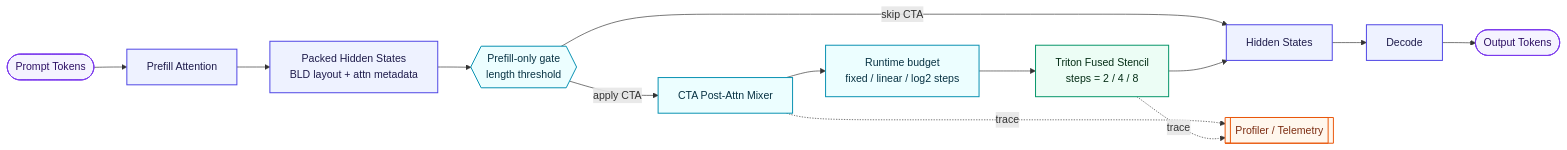
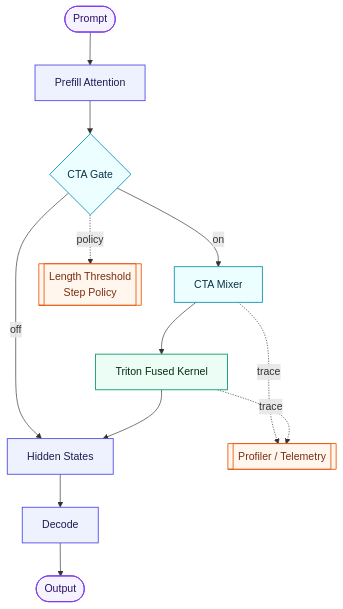
Before and after one commit to XueqingZhou/Continuous-Time-Attention: the diagram in README.md, drawn with Mermaid. The commit also changed other lines of this file, not shown here.

Commit message:
docs: simplify system diagram in README
Make the CTA serving diagram more concise and easier to read by shortening the main flow and moving policy/telemetry details out of the primary path.

````diff
--- a/README.md
+++ b/README.md
@@ -54,27 +54,27 @@
 ```mermaid
-flowchart LR
-  classDef io fill:#f5f3ff,stroke:#7c3aed,color:#2e1065,stroke-width:1.5px;
-  classDef stage fill:#eef2ff,stroke:#4f46e5,color:#1e1b4b,stroke-width:1.5px;
-  classDef cta fill:#ecfeff,stroke:#0891b2,color:#083344,stroke-width:1.5px;
-  classDef kernel fill:#ecfdf5,stroke:#059669,color:#052e16,stroke-width:1.5px;
-  classDef obs fill:#fff7ed,stroke:#ea580c,color:#7c2d12,stroke-width:1.5px;
+flowchart TB
+  classDef io fill:#f5f3ff,stroke:#7c3aed,color:#2e1065,stroke-width:1.3px;
+  classDef stage fill:#eef2ff,stroke:#4f46e5,color:#1e1b4b,stroke-width:1.3px;
+  classDef cta fill:#ecfeff,stroke:#0891b2,color:#083344,stroke-width:1.3px;
+  classDef kernel fill:#ecfdf5,stroke:#059669,color:#052e16,stroke-width:1.3px;
+  classDef obs fill:#fff7ed,stroke:#ea580c,color:#7c2d12,stroke-width:1.3px;
 
-  PromptTokens([Prompt Tokens]) --> PrefillAttention[Prefill Attention]
-  PrefillAttention --> PackedStates[Packed Hidden States<br/>BLD layout + attn metadata]
-  PackedStates --> PrefillGate{{Prefill-only gate<br/>length threshold}}
-  PrefillGate -->|apply CTA| CtaMixer[CTA Post-Attn Mixer]
-  PrefillGate -->|skip CTA| HiddenStates[Hidden States]
-  CtaMixer --> StepsPolicy[Runtime budget<br/>fixed / linear / log2 steps]
-  StepsPolicy --> FusedKernel[Triton Fused Stencil<br/>steps = 2 / 4 / 8]
-  FusedKernel --> HiddenStates
-  HiddenStates --> Decode[Decode]
-  Decode --> OutputTokens([Output Tokens])
-  CtaMixer -. trace .-> Telemetry[[Profiler / Telemetry]]
-  FusedKernel -. trace .-> Telemetry
+  A([Prompt]) --> B[Prefill Attention]
+  B --> C{CTA Gate}
+  C -->|on| D[CTA Mixer]
+  D --> E[Triton Fused Kernel]
+  C -->|off| F[Hidden States]
+  E --> F
+  F --> G[Decode]
+  G --> H([Output])
 
-  class PromptTokens,OutputTokens io;
-  class PrefillAttention,PackedStates,HiddenStates,Decode stage;
-  class PrefillGate,CtaMixer,StepsPolicy cta;
-  class FusedKernel kernel;
-  class Telemetry obs;
+  C -. policy .-> P[[Length Threshold<br/>Step Policy]]
+  D -. trace .-> T[[Profiler / Telemetry]]
+  E -. trace .-> T
+
+  class A,H io;
+  class B,F,G stage;
+  class C,D cta;
+  class E kernel;
+  class P,T obs;
 ```
````
